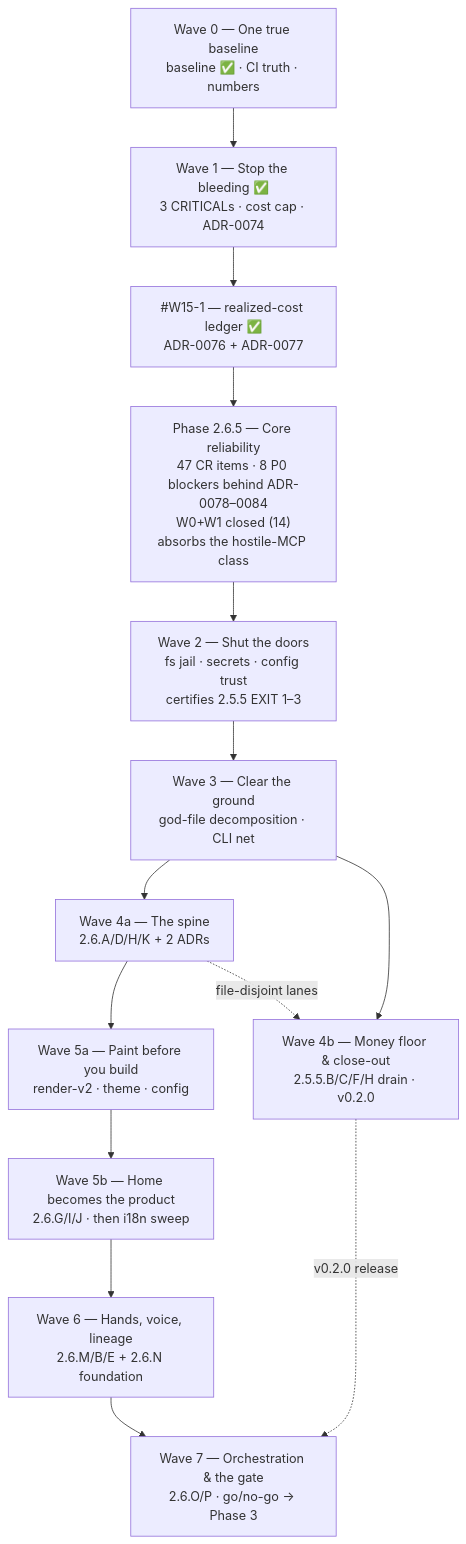
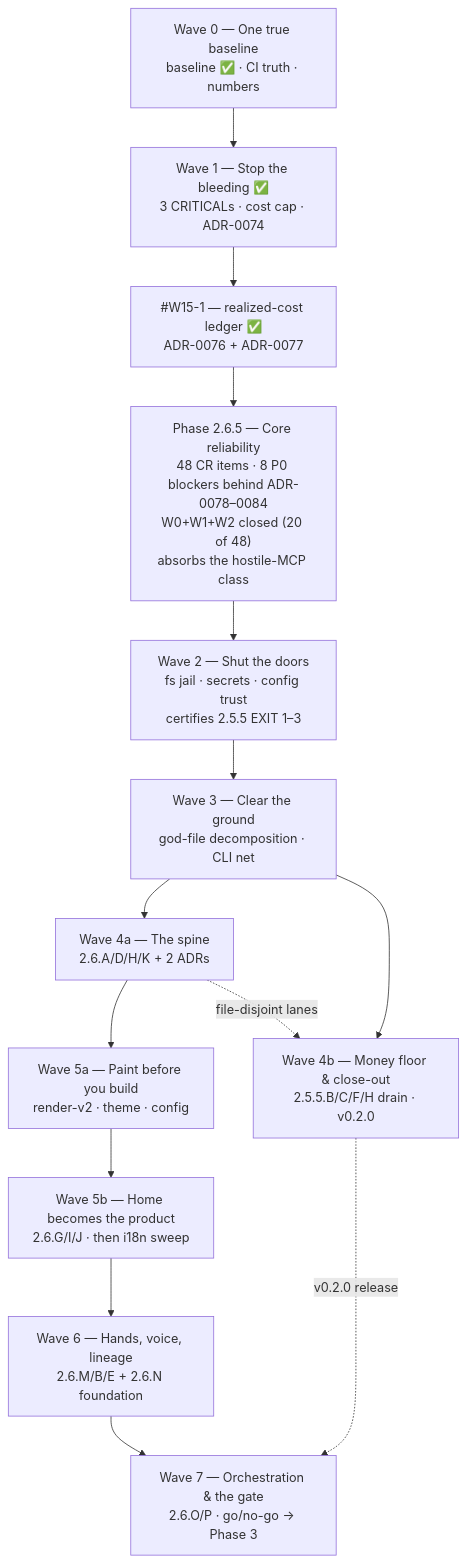
One commit to HodeTech/Relavium changed the diagram in docs/roadmap/current.md. Above: the diagram before and after it, drawn with Mermaid. The commit also changed other lines of this file and 2 other files, not shown here.

First line of the commit message:
docs(core,shared,roadmap): correct stale indicators and re-home three docblocks

````diff
--- a/docs/roadmap/current.md
+++ b/docs/roadmap/current.md
@@ -88,19 +89,19 @@
 ```mermaid
 flowchart TD
     W0["Wave 0 — One true baseline<br/>baseline ✅ · CI truth · numbers"]
     W1["Wave 1 — Stop the bleeding ✅<br/>3 CRITICALs · cost cap · ADR-0074"]
     LEDGER["#W15-1 — realized-cost ledger ✅<br/>ADR-0076 + ADR-0077"]
-    P265["Phase 2.6.5 — Core reliability<br/>47 CR items · 8 P0 blockers behind ADR-0078–0084<br/>W0+W1 closed (14)<br/>absorbs the hostile-MCP class"]
+    P265["Phase 2.6.5 — Core reliability<br/>48 CR items · 8 P0 blockers behind ADR-0078–0084<br/>W0+W1+W2 closed (20 of 48)<br/>absorbs the hostile-MCP class"]
     W2["Wave 2 — Shut the doors<br/>fs jail · secrets · config trust<br/>certifies 2.5.5 EXIT 1–3"]
     W3["Wave 3 — Clear the ground<br/>god-file decomposition · CLI net"]
     W4a["Wave 4a — The spine<br/>2.6.A/D/H/K + 2 ADRs"]
     W4b["Wave 4b — Money floor & close-out<br/>2.5.5.B/C/F/H drain · v0.2.0"]
     W5a["Wave 5a — Paint before you build<br/>render-v2 · theme · config"]
     W5b["Wave 5b — Home becomes the product<br/>2.6.G/I/J · then i18n sweep"]
     W6["Wave 6 — Hands, voice, lineage<br/>2.6.M/B/E + 2.6.N foundation"]
     W7["Wave 7 — Orchestration & the gate<br/>2.6.O/P · go/no-go → Phase 3"]
     W0 --> W1 --> LEDGER --> P265 --> W2 --> W3 --> W4a --> W5a --> W5b --> W6 --> W7
     W3 --> W4b
     W4b -.->|v0.2.0 release| W7
     W4a -.->|file-disjoint lanes| W4b
 ```
````
